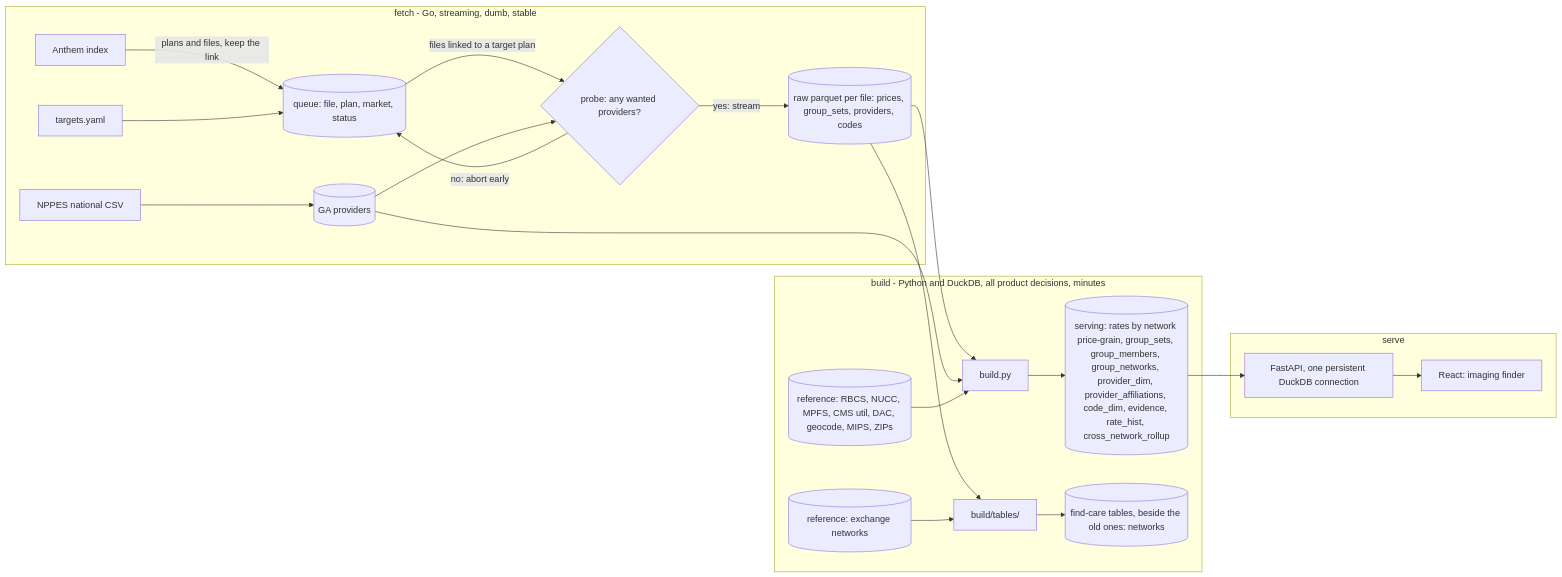
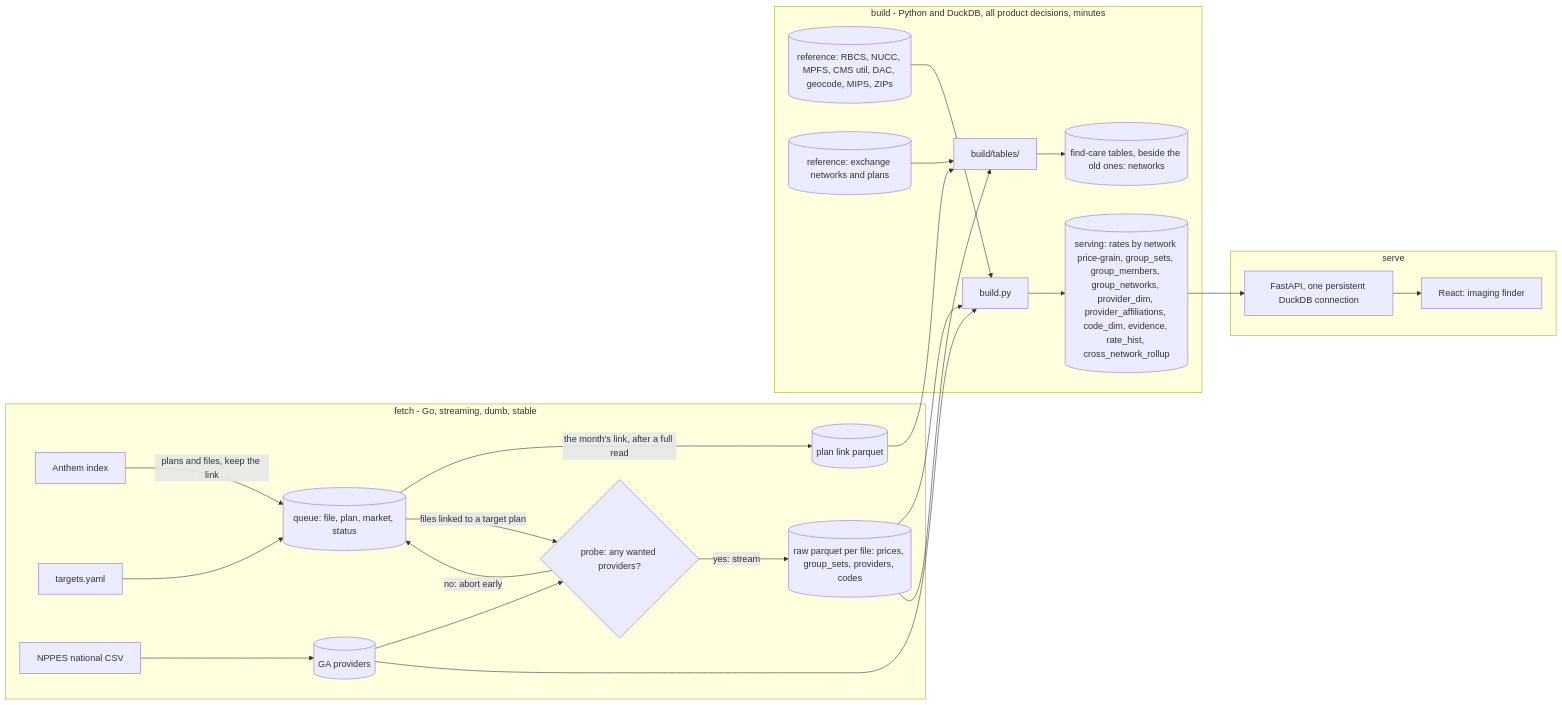
Before and after one commit to wmespi/honest-healthcare: the first of 3 diagrams in docs/architecture.md, drawn with Mermaid. The commit also changed other lines of this file and 17 other files, not shown here.

````diff
--- a/docs/architecture.md
+++ b/docs/architecture.md
@@ -33,25 +33,27 @@
 ```mermaid
 flowchart LR
   subgraph fetch [fetch - Go, streaming, dumb, stable]
     IDX[Anthem index] -->|"plans and files, keep the link"| Q[(queue: file, plan, market, status)]
+    Q -->|"the month's link, after a full read"| LINK[(plan link parquet)]
     TGT[targets.yaml] --> Q
     Q -->|"files linked to a target plan"| PROBE{"probe: any wanted providers?"}
     PROBE -->|"no: abort early"| Q
     PROBE -->|"yes: stream"| RAW[(raw parquet per file: prices, group_sets, providers, codes)]
     NPPES[NPPES national CSV] --> GA[(GA providers)]
     GA --> PROBE
   end
   subgraph build [build - Python and DuckDB, all product decisions, minutes]
     RAW --> B[build.py]
     GA --> B
     REF[(reference: RBCS, NUCC, MPFS, CMS util, DAC, geocode, MIPS, ZIPs)] --> B
     B --> SRV[(serving: rates by network price-grain, group_sets, group_members, group_networks, provider_dim, provider_affiliations, code_dim, evidence, rate_hist, cross_network_rollup)]
     RAW --> FC["build/tables/"]
-    XNET[(reference: exchange networks)] --> FC
+    LINK --> FC
+    XNET[(reference: exchange networks and plans)] --> FC
     FC --> FCT[("find-care tables, beside the old ones: networks")]
   end
   subgraph serve [serve]
     SRV --> API[FastAPI, one persistent DuckDB connection]
     API --> WEB[React: imaging finder]
   end
 ```
````
